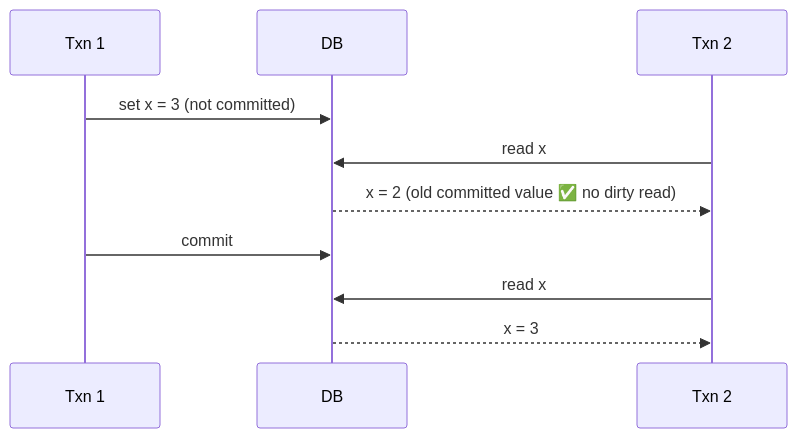
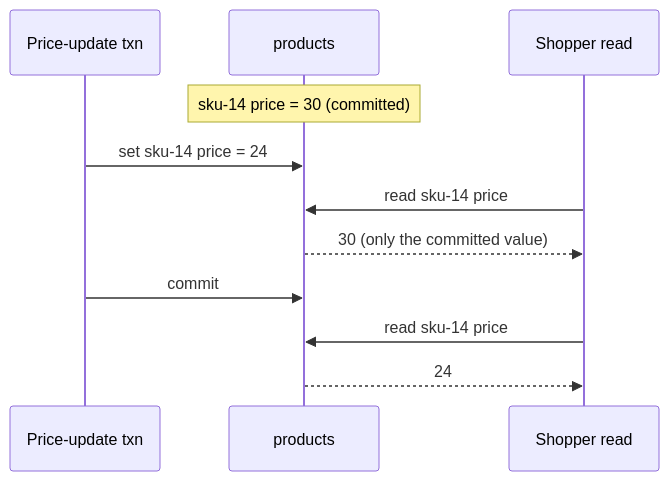
Before and after one commit to pratikguru998/ddia-book: the ninth of 32 diagrams in docs/chapters/part-2/07-transactions.mdx, drawn with Mermaid. The commit also changed other lines of this file and 13 other files, not shown here.

Commit message:
Expand all 12 chapters: every book subsection, deeper notes, ~320 diagrams

````diff
--- a/docs/chapters/part-2/07-transactions.mdx
+++ b/docs/chapters/part-2/07-transactions.mdx
@@ -64,12 +312,13 @@
 ```mermaid
 sequenceDiagram
-  participant T1 as Txn 1
-  participant DB as DB
-  participant T2 as Txn 2
-  T1->>DB: set x = 3 (not committed)
-  T2->>DB: read x
-  DB-->>T2: x = 2 (old committed value ✅ no dirty read)
+  participant T1 as Price-update txn
+  participant DB as products
+  participant T2 as Shopper read
+  Note over DB: sku-14 price = 30 (committed)
+  T1->>DB: set sku-14 price = 24
+  T2->>DB: read sku-14 price
+  DB-->>T2: 30 (only the committed value)
   T1->>DB: commit
-  T2->>DB: read x
-  DB-->>T2: x = 3
+  T2->>DB: read sku-14 price
+  DB-->>T2: 24
 ```
````
